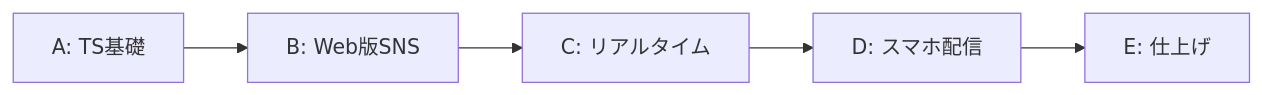
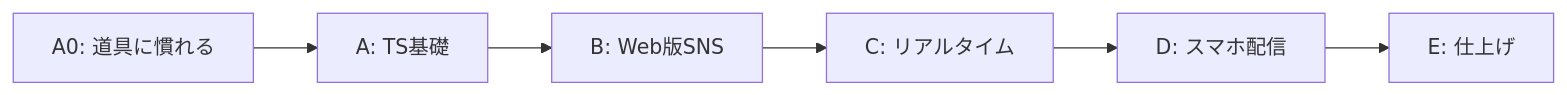
The diagram in material/15_カリキュラム骨子案.md (kouiso/sns-app), drawn with Mermaid before and after one commit. The commit also changed other lines of this file and 16 other files, not shown here.

````diff
--- a/material/15_カリキュラム骨子案.md
+++ b/material/15_カリキュラム骨子案.md
@@ -69,7 +78,7 @@
 ```mermaid
 flowchart LR
-  A["A: TS基礎"] --> B["B: Web版SNS"]
+  A0["A0: 道具に慣れる"] --> A["A: TS基礎"] --> B["B: Web版SNS"]
   B --> C["C: リアルタイム"]
   C --> D["D: スマホ配信"]
   D --> E["E: 仕上げ"]
 ```
````
